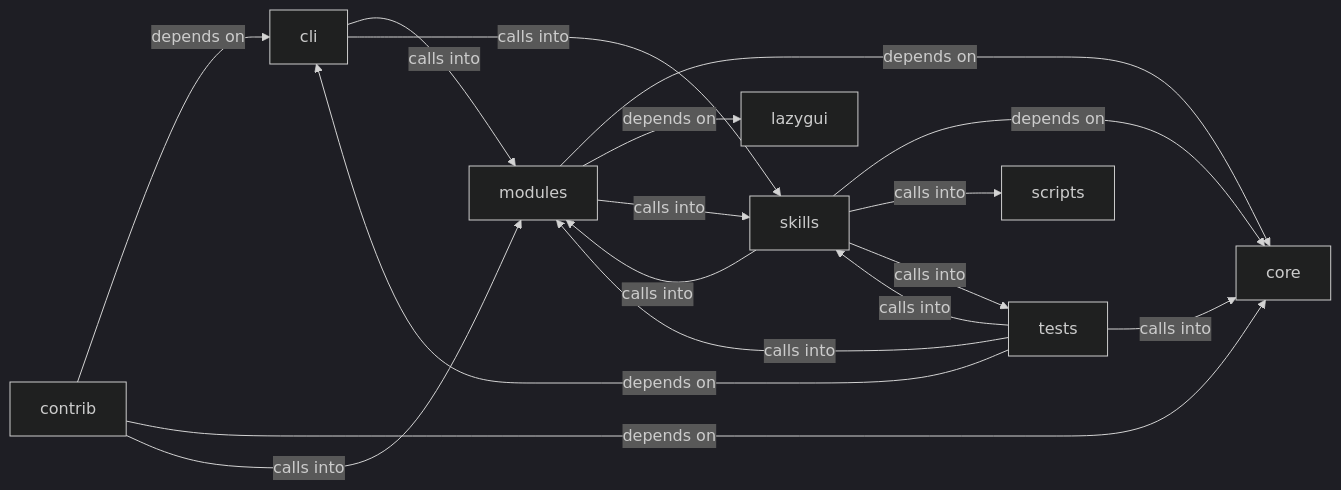
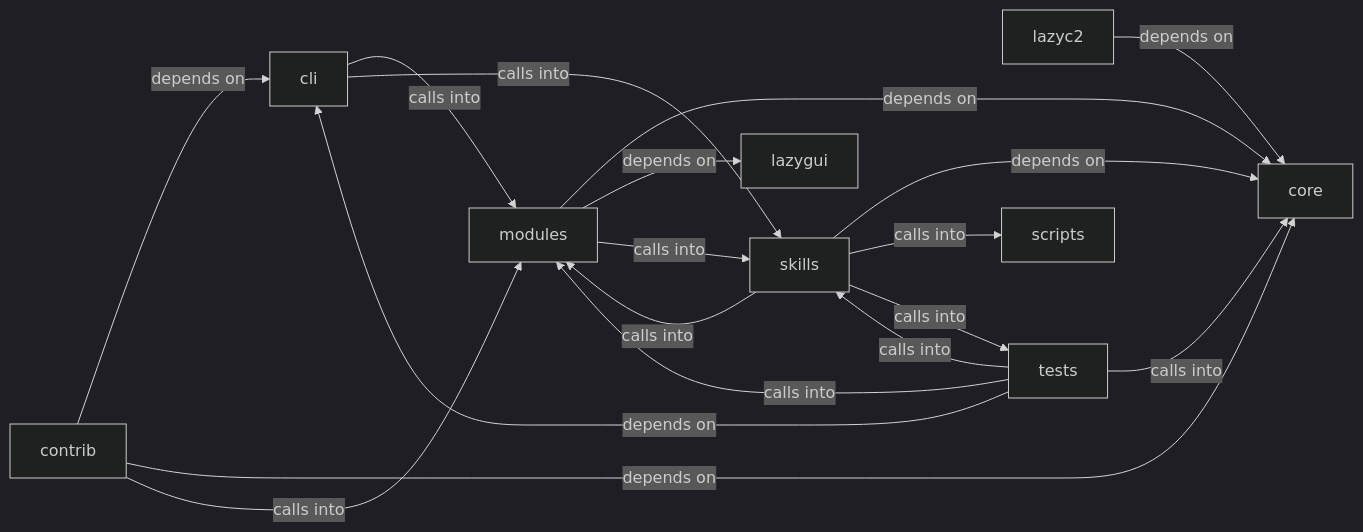
One commit to grisuno/LazyOwn changed the diagram in readmenator-diagrams/modules_autonomous_daemon.md. Above: the diagram before and after it, drawn with Mermaid (dark theme). The commit also changed other lines of this file and 258 other files, not shown here.

````diff
--- a/readmenator-diagrams/modules_autonomous_daemon.md
+++ b/readmenator-diagrams/modules_autonomous_daemon.md
@@ -5,27 +5,29 @@
 ```mermaid
 graph LR
     cli["cli"]
     contrib["contrib"]
     core["core"]
+    lazyc2["lazyc2"]
     lazygui["lazygui"]
     modules["modules"]
     scripts["scripts"]
     skills["skills"]
     tests["tests"]
     cli -- "calls into" --> modules
     cli -- "calls into" --> skills
     contrib -- "depends on" --> cli
     contrib -- "depends on" --> core
     contrib -- "calls into" --> modules
+    lazyc2 -- "depends on" --> core
     modules -- "depends on" --> core
     modules -- "depends on" --> lazygui
     modules -- "calls into" --> skills
     skills -- "depends on" --> core
     skills -- "calls into" --> modules
     skills -- "calls into" --> scripts
     skills -- "calls into" --> tests
     tests -- "depends on" --> cli
     tests -- "calls into" --> core
     tests -- "calls into" --> modules
     tests -- "calls into" --> skills
 ```
````
